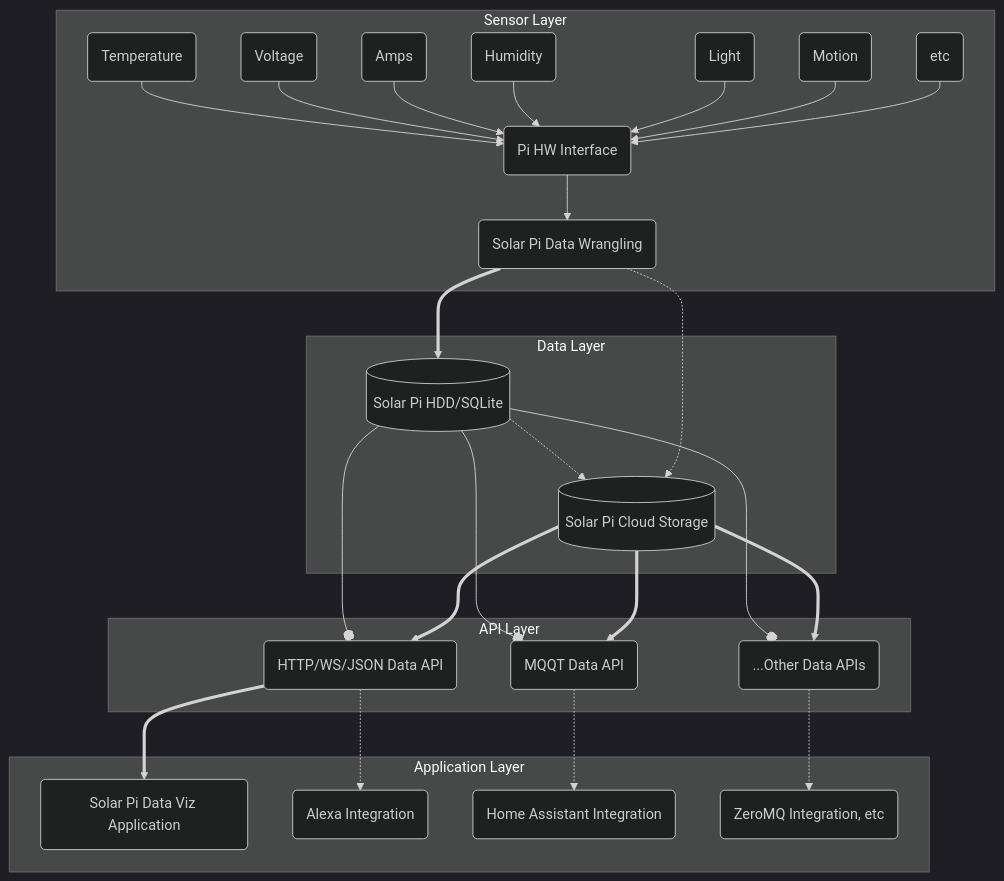
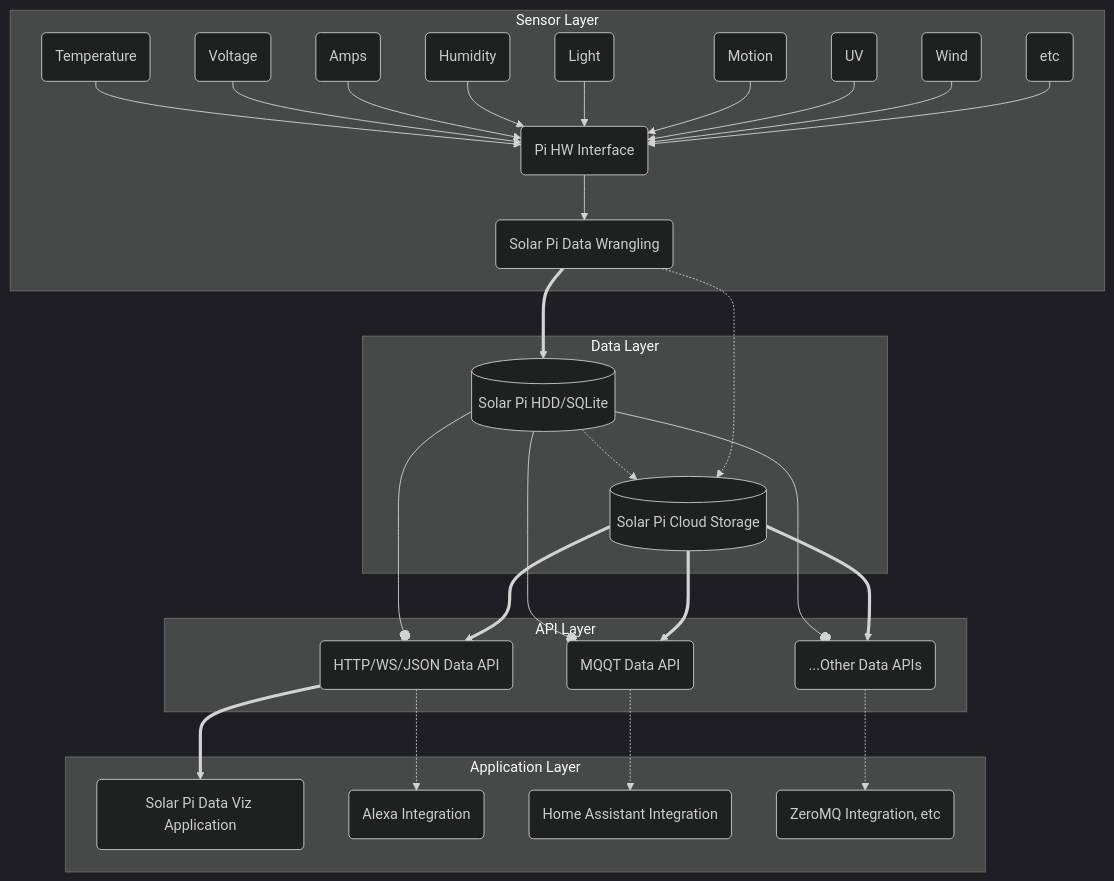
One commit to ericdmoore/solar-pi changed the second of 2 diagrams in README.md. Above: the diagram before and after it, drawn with Mermaid (dark theme).

Commit message:
sensor diagram

````diff
--- a/README.md
+++ b/README.md
@@ -167,35 +167,37 @@
 ```mermaid
   graph TD;
       subgraph sensors [Sensor Layer]
         Sensor1(Temperature)-->HWIntf
         Sensor2(Voltage)-->HWIntf
         Sensor3(Amps)-->HWIntf
         Sensor4(Humidity)-->HWIntf
         Sensor5(Light)-->HWIntf
         Sensor6(Motion)-->HWIntf
-        Sensor7(etc)-->HWIntf  
+        Sensor7(UV)-->HWIntf
+        Sensor8(Wind)-->HWIntf
+        Sensor9(etc)-->HWIntf  
         HWIntf(Pi HW Interface)-->solDataWrangle(Solar Pi Data Wrangling)
       end
 
       subgraph data [Data Layer]
         solDataWrangle==>solLocalStorage[(Solar Pi HDD/SQLite)]
         solLocalStorage-.->solCloudStorage
         solDataWrangle-.->solCloudStorage[(Solar Pi Cloud Storage)]
       end
 
       subgraph api [API Layer]
         solLocalStorage--oApiIntf1(HTTP/WS/JSON Data API)
         solCloudStorage==>ApiIntf1
         solLocalStorage--oApiIntf2(MQQT Data API)
         solCloudStorage==>ApiIntf2
         solLocalStorage--oApiIntfN(...Other Data APIs)
         solCloudStorage==>ApiIntfN
       end
 
       subgraph apps [Application Layer]
         ApiIntf1==>solVizApp(Solar Pi Data Viz Application)
         ApiIntf1-.->alexaApp(Alexa Integration)
         ApiIntf2-.->homeAssistant(Home Assistant Integration)
         ApiIntfN-.->zmq(ZeroMQ Integration, etc)
       end  
 ```
````
